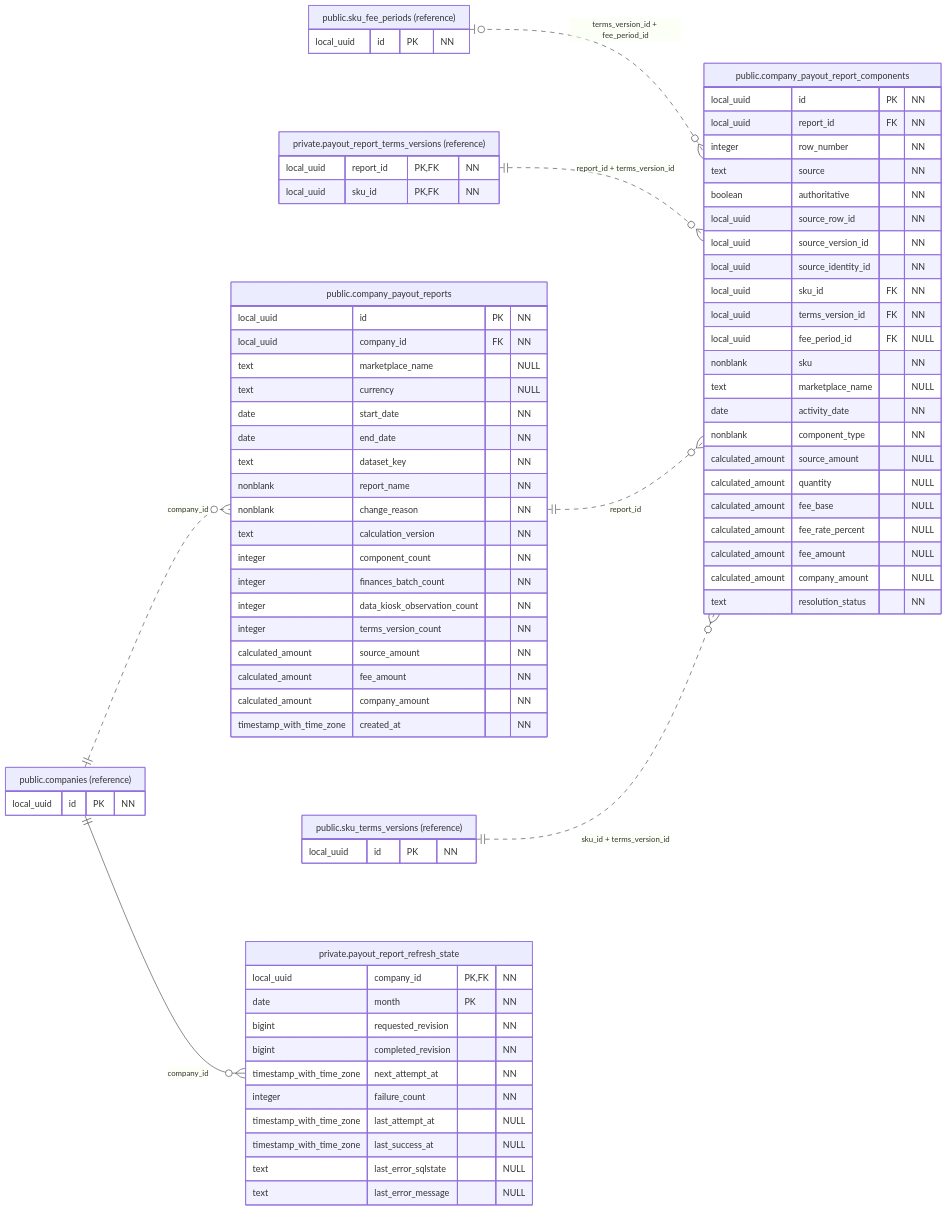
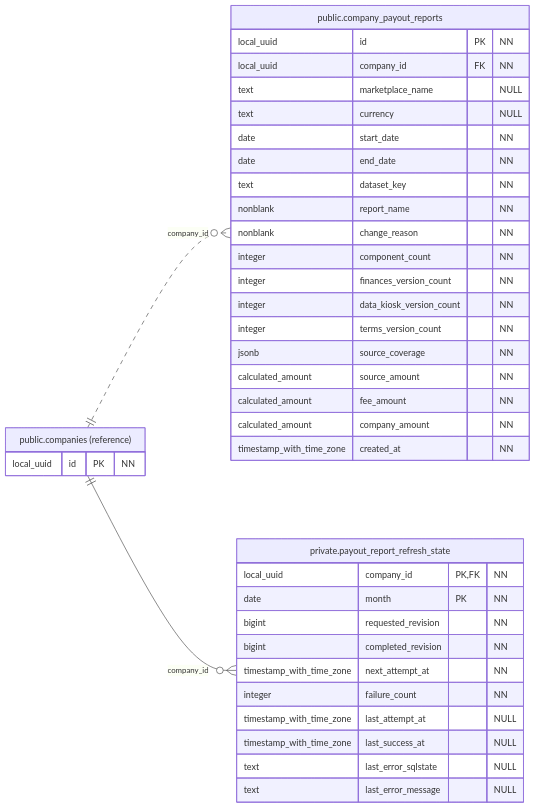
Before and after one commit to qwercxzsda/A-SelBox: the diagram in docs/figures/database/06-payout-results.mmd, drawn with Mermaid. The commit also changed 158 other files, not shown here.

```diff
--- a/docs/figures/database/06-payout-results.mmd
+++ b/docs/figures/database/06-payout-results.mmd
@@ -1,84 +1,42 @@
 erDiagram
     direction LR
     public_companies ||..o{ public_company_payout_reports : "company_id"
-    public_sku_fee_periods o|..o{ public_company_payout_report_components : "terms_version_id + fee_period_id"
-    private_payout_report_terms_versions ||..o{ public_company_payout_report_components : "report_id + terms_version_id"
-    public_company_payout_reports ||..o{ public_company_payout_report_components : "report_id"
-    public_sku_terms_versions ||..o{ public_company_payout_report_components : "sku_id + terms_version_id"
     public_companies ||--o{ private_payout_report_refresh_state : "company_id"
 
     public_company_payout_reports["public.company_payout_reports"] {
         local_uuid id PK "NN"
         local_uuid company_id FK "NN"
         text marketplace_name "NULL"
         text currency "NULL"
         date start_date "NN"
         date end_date "NN"
         text dataset_key "NN"
         nonblank report_name "NN"
         nonblank change_reason "NN"
-        text calculation_version "NN"
         integer component_count "NN"
-        integer finances_batch_count "NN"
-        integer data_kiosk_observation_count "NN"
+        integer finances_version_count "NN"
+        integer data_kiosk_version_count "NN"
         integer terms_version_count "NN"
+        jsonb source_coverage "NN"
         calculated_amount source_amount "NN"
         calculated_amount fee_amount "NN"
         calculated_amount company_amount "NN"
         timestamp_with_time_zone created_at "NN"
-    }
-
-    public_company_payout_report_components["public.company_payout_report_components"] {
-        local_uuid id PK "NN"
-        local_uuid report_id FK "NN"
-        integer row_number "NN"
-        text source "NN"
-        boolean authoritative "NN"
-        local_uuid source_row_id "NN"
-        local_uuid source_version_id "NN"
-        local_uuid source_identity_id "NN"
-        local_uuid sku_id FK "NN"
-        local_uuid terms_version_id FK "NN"
-        local_uuid fee_period_id FK "NULL"
-        nonblank sku "NN"
-        text marketplace_name "NULL"
-        date activity_date "NN"
-        nonblank component_type "NN"
-        calculated_amount source_amount "NULL"
-        calculated_amount quantity "NULL"
-        calculated_amount fee_base "NULL"
-        calculated_amount fee_rate_percent "NULL"
-        calculated_amount fee_amount "NULL"
-        calculated_amount company_amount "NULL"
-        text resolution_status "NN"
     }
 
     private_payout_report_refresh_state["private.payout_report_refresh_state"] {
         local_uuid company_id PK, FK "NN"
         date month PK "NN"
         bigint requested_revision "NN"
         bigint completed_revision "NN"
         timestamp_with_time_zone next_attempt_at "NN"
         integer failure_count "NN"
         timestamp_with_time_zone last_attempt_at "NULL"
         timestamp_with_time_zone last_success_at "NULL"
         text last_error_sqlstate "NULL"
         text last_error_message "NULL"
     }
 
-    private_payout_report_terms_versions["private.payout_report_terms_versions (reference)"] {
-        local_uuid report_id PK, FK "NN"
-        local_uuid sku_id PK, FK "NN"
-    }
-
     public_companies["public.companies (reference)"] {
         local_uuid id PK "NN"
     }
-
-    public_sku_fee_periods["public.sku_fee_periods (reference)"] {
-        local_uuid id PK "NN"
-    }
-
-    public_sku_terms_versions["public.sku_terms_versions (reference)"] {
-        local_uuid id PK "NN"
-    }
```
